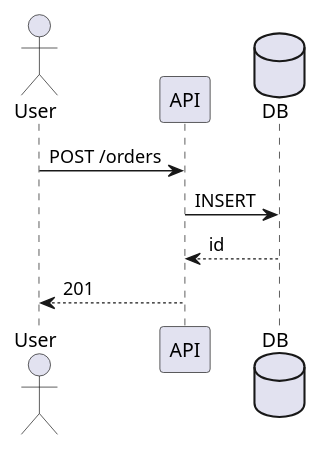
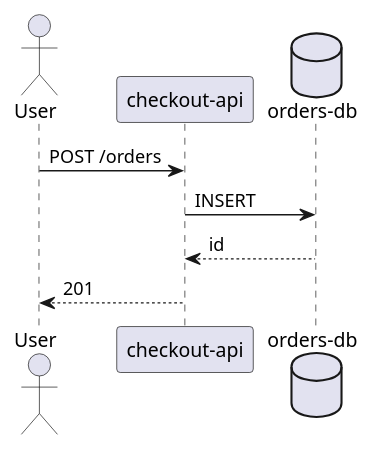
The first of 2 diagrams in diagrams/SKILL.md (RobbyBobby77/agent-skills), drawn with PlantUML before and after one commit. The commit also changed other lines of this file and 46 other files, not shown here.

````diff
--- a/diagrams/SKILL.md
+++ b/diagrams/SKILL.md
@@ -130,11 +125,11 @@
 ```plantuml
 @startuml
 actor User
-participant "API" as API
-database DB
+participant "checkout-api" as API
+database "orders-db" as DB
 User -> API: POST /orders
 API -> DB: INSERT
 DB --> API: id
 API --> User: 201
 @enduml
 ```
````
